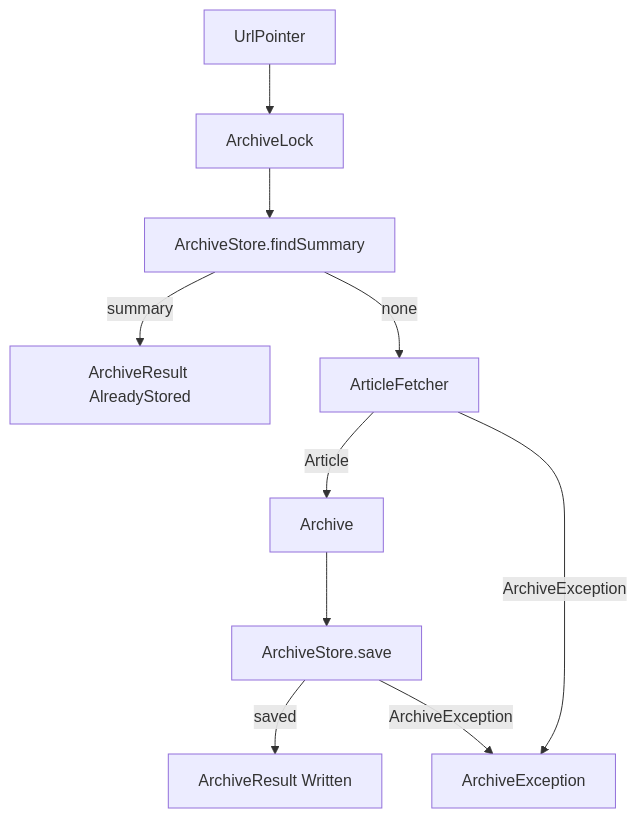
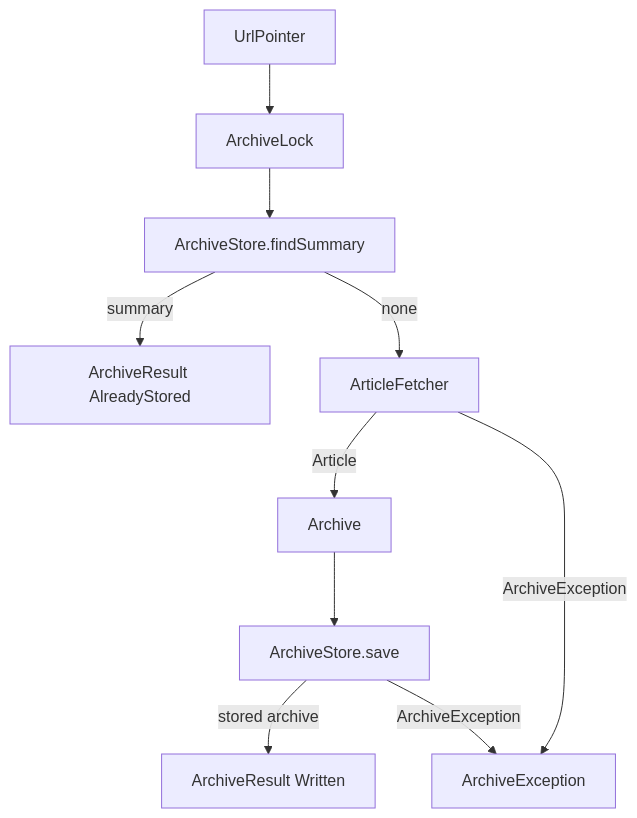
The diagram in packages/web-app/doc/flows/archive-service.md (yurimorini/article-archiver), drawn with Mermaid before and after one commit. The commit also changed other lines of this file and 13 other files, not shown here.

````diff
--- a/packages/web-app/doc/flows/archive-service.md
+++ b/packages/web-app/doc/flows/archive-service.md
@@ -9,12 +9,12 @@
 ```mermaid
 flowchart TD
   url[UrlPointer] --> lock[ArchiveLock]
   lock --> lookup["ArchiveStore.findSummary"]
   lookup -->|summary| stored["ArchiveResult AlreadyStored"]
   lookup -->|none| fetch[ArticleFetcher]
   fetch -->|Article| built[Archive]
   fetch -->|ArchiveException| fail[ArchiveException]
   built --> save["ArchiveStore.save"]
-  save -->|saved| written["ArchiveResult Written"]
+  save -->|stored archive| written["ArchiveResult Written"]
   save -->|ArchiveException| fail
 ```
````
